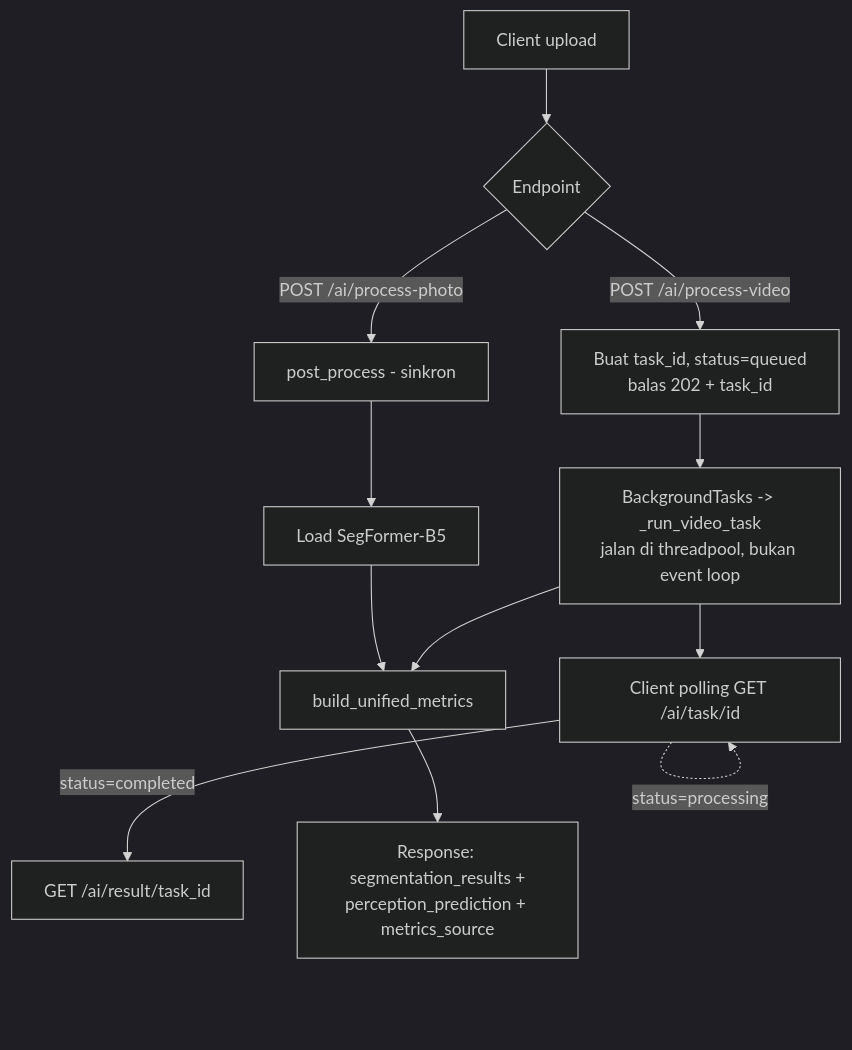
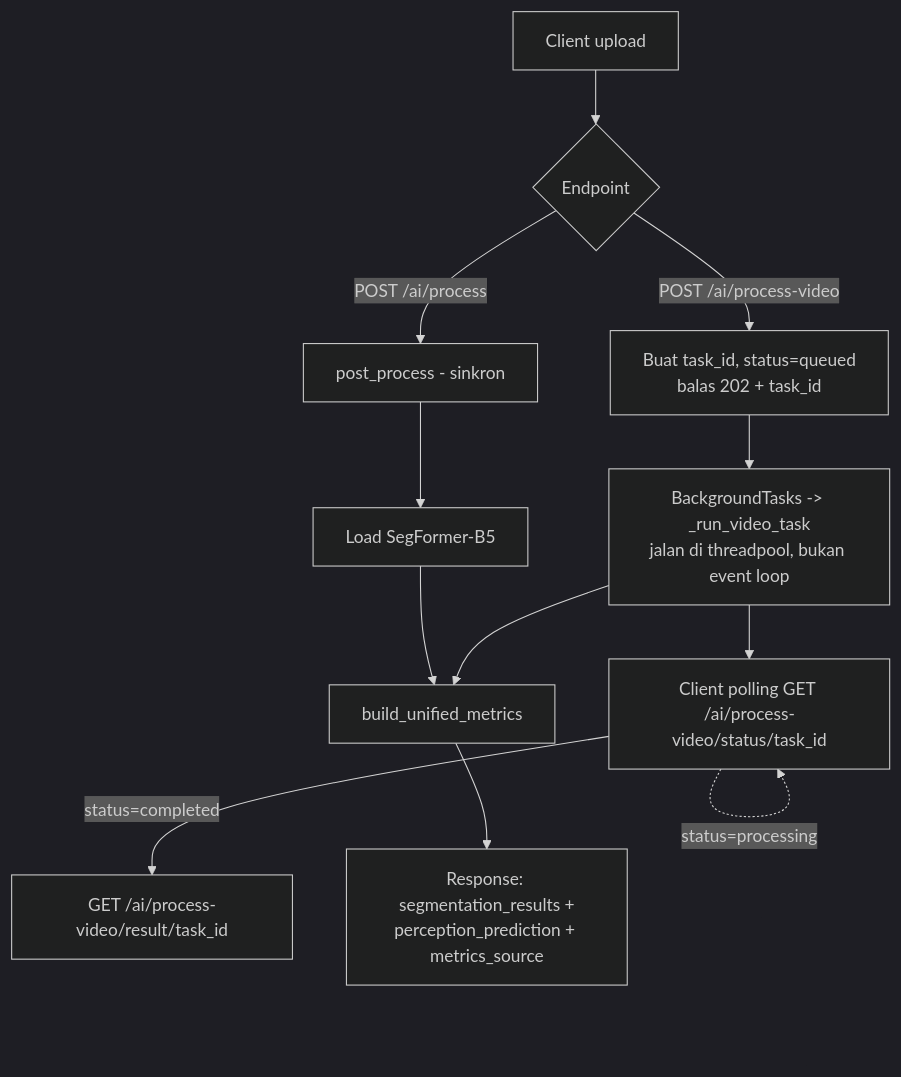
Before and after one commit to Chimera-pkg/uvip-ai: the first of 5 diagrams in docs/ALUR_PIPELINE.md, drawn with Mermaid (dark theme). The commit also changed other lines of this file and 28 other files, not shown here.

````diff
--- a/docs/ALUR_PIPELINE.md
+++ b/docs/ALUR_PIPELINE.md
@@ -10,17 +10,17 @@
 ```mermaid
 flowchart TD
     A[Client upload] --> B{Endpoint}
-    B -->|POST /ai/process-photo| C[post_process - sinkron]
+    B -->|POST /ai/process| C[post_process - sinkron]
     B -->|POST /ai/process-video| D[Buat task_id, status=queued<br/>balas 202 + task_id]
 
     D --> E[BackgroundTasks -> _run_video_task<br/>jalan di threadpool, bukan event loop]
-    E --> F[Client polling GET /ai/task/id]
+    E --> F[Client polling GET /ai/process-video/status/task_id]
 
     C --> G[Load SegFormer-B5]
     F -.->|status=processing| F
-    F -->|status=completed| H[GET /ai/result/task_id]
+    F -->|status=completed| H[GET /ai/process-video/result/task_id]
 
     G --> I[build_unified_metrics]
     E --> I
     I --> J[Response: segmentation_results +<br/>perception_prediction + metrics_source]
 ```
````
